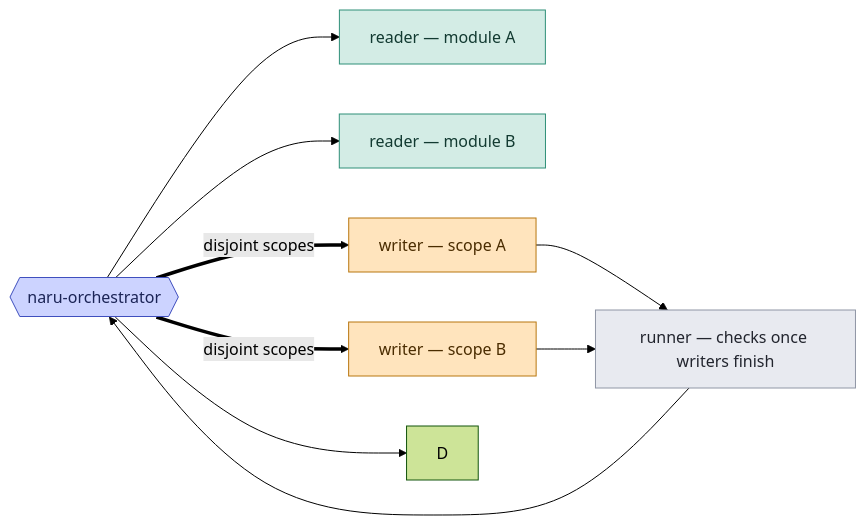
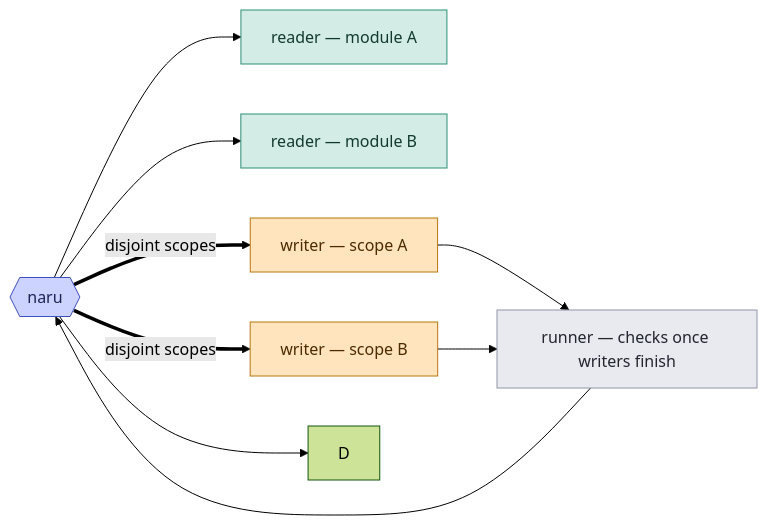
Before and after one commit to sean35mm/naru-opencode: the second of 2 diagrams in docs/src/content/docs/concepts/adaptive-delegation.md, drawn with Mermaid (forest theme). The commit also changed other lines of this file and 27 other files, not shown here.

First line of the commit message:
feat: rename naru-orchestrator agent to naru

````diff
--- a/docs/src/content/docs/concepts/adaptive-delegation.md
+++ b/docs/src/content/docs/concepts/adaptive-delegation.md
@@ -42,18 +42,18 @@
 ```mermaid
 flowchart LR
-  O{{"naru-orchestrator"}}:::coord
+  O{{"naru"}}:::coord
   R1["reader — module A"]:::read
   R2["reader — module B"]:::read
   W1["writer — scope A"]:::write
   W2["writer — scope B"]:::write
   V["runner — checks once writers finish"]:::gate
 
   O --> R1 & R2 & D
   O ==>|"disjoint scopes"| W1 & W2
   W1 & W2 --> V --> O
 
   classDef coord fill:#ccd3ff,stroke:#3f4fbe,color:#1b2456
   classDef read fill:#d3ece5,stroke:#2f8f78,color:#123a31
   classDef write fill:#ffe4bd,stroke:#b8760f,color:#4a2c00
   classDef gate fill:#e8eaf0,stroke:#8f96a5,color:#22252e
 ```
````
